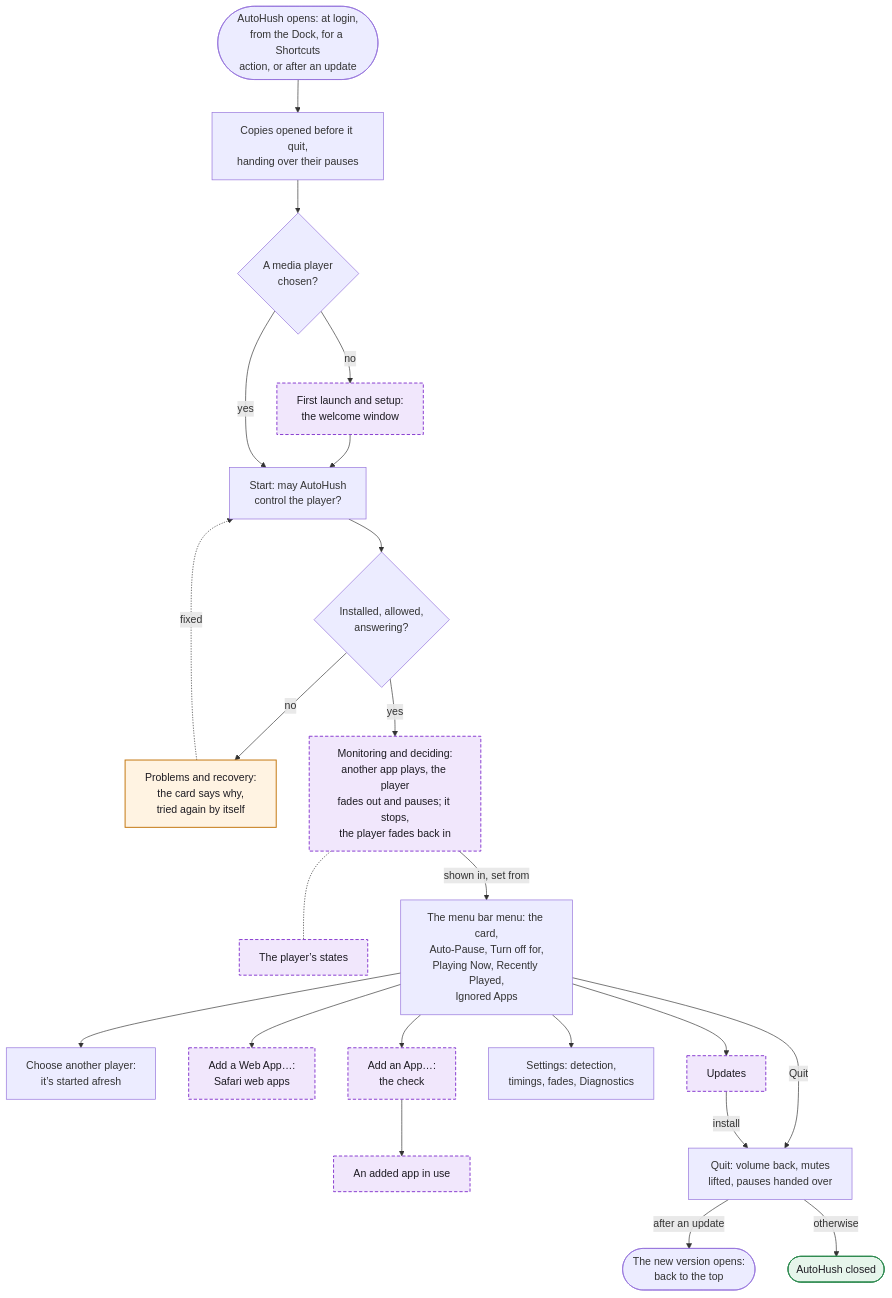
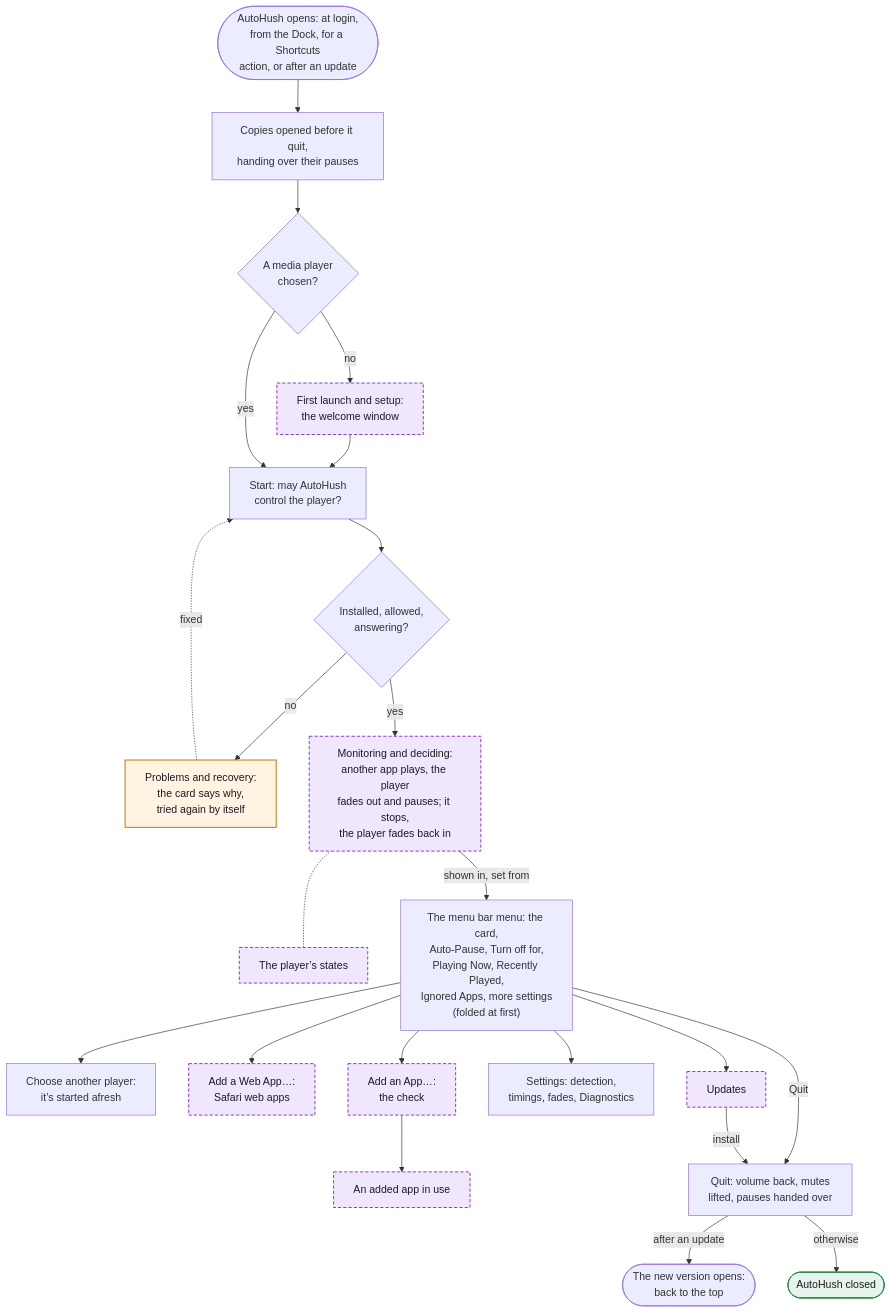
The first of 14 diagrams in WORKFLOWS.md (hfustercabre/AutoHush), drawn with Mermaid before and after one commit. The commit also changed 14 other files, not shown here.

First line of the commit message:
feat: more settings in the menu, under Ignored Apps

````diff
--- a/WORKFLOWS.md
+++ b/WORKFLOWS.md
@@ -24,48 +24,48 @@
 ```mermaid
 flowchart TD
   L(["AutoHush opens: at login,<br/>from the Dock, for a Shortcuts<br/>action, or after an update"])
   O["Copies opened before it quit,<br/>handing over their pauses"]
   C{"A media player<br/>chosen?"}
   W["First launch and setup:<br/>the welcome window"]
   S["Start: may AutoHush<br/>control the player?"]
   P{"Installed, allowed,<br/>answering?"}
   R["Problems and recovery:<br/>the card says why,<br/>tried again by itself"]
   M["Monitoring and deciding:<br/>another app plays, the player<br/>fades out and pauses; it stops,<br/>the player fades back in"]
   ST["The player’s states"]
-  MENU["The menu bar menu: the card,<br/>Auto-Pause, Turn off for,<br/>Playing Now, Recently Played,<br/>Ignored Apps"]
+  MENU["The menu bar menu: the card,<br/>Auto-Pause, Turn off for,<br/>Playing Now, Recently Played,<br/>Ignored Apps, more settings<br/>(folded at first)"]
   CH["Choose another player:<br/>it’s started afresh"]
   WA["Add a Web App…:<br/>Safari web apps"]
   AA["Add an App…:<br/>the check"]
   AU["An added app in use"]
   SET["Settings: detection,<br/>timings, fades, Diagnostics"]
   UP["Updates"]
   Q["Quit: volume back, mutes<br/>lifted, pauses handed over"]
   RL(["The new version opens:<br/>back to the top"])
   QX(["AutoHush closed"])
 
   L --> O --> C
   C -->|"no"| W --> S
   C -->|"yes"| S
   S --> P
   P -->|"no"| R
   R -.->|"fixed"| S
   P -->|"yes"| M
   M -.- ST
   M -->|"shown in, set from"| MENU
   MENU --> CH
   MENU --> WA
   MENU --> AA --> AU
   MENU --> SET
   MENU --> UP
   MENU -->|"Quit"| Q
   UP -->|"install"| Q
   Q -->|"after an update"| RL
   Q -->|"otherwise"| QX
 
   class W,M,ST,WA,AA,AU,UP ref
   class R warn
   class QX done
   classDef ref fill:#f1e7fc,stroke:#8a3fd1,stroke-width:1.5px,stroke-dasharray: 5 3,color:#1d1b22
   classDef warn fill:#fff3e2,stroke:#c47812,stroke-width:1.5px,color:#1d1b22
   classDef done fill:#e6f5eb,stroke:#2f8a50,stroke-width:1.5px,color:#1d1b22
 ```
````
